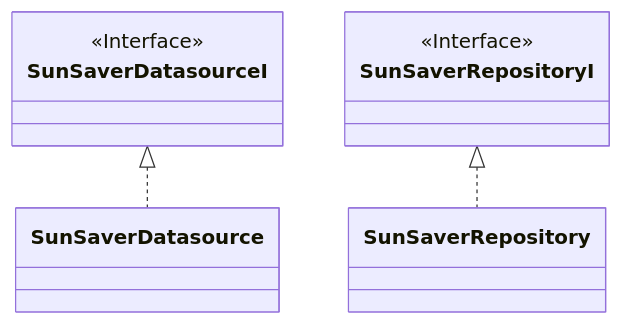
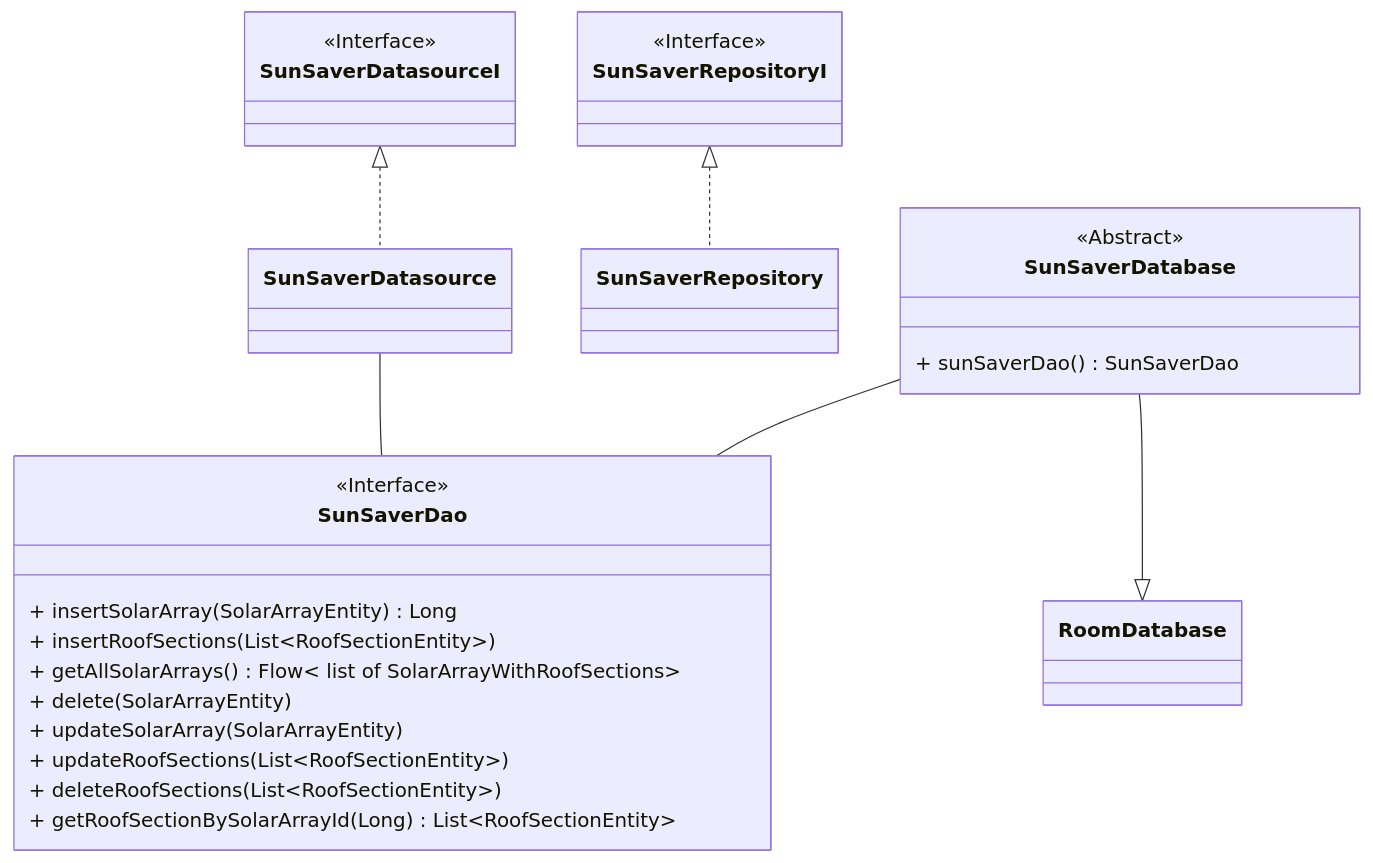
Before and after one commit to pragathiGopal25/SunSaver: the second of 3 diagrams in MODELING.md, drawn with Mermaid. The commit also changed other lines of this file, not shown here.

Commit message:
Added sunsaver-db to class diagram

````diff
--- a/MODELING.md
+++ b/MODELING.md
@@ -181,15 +219,45 @@
 ```mermaid
 classDiagram
     class SunSaverDatasource {
     }
     class SunSaverDatasourceI {
         <<Interface>>
     }
     class SunSaverRepository {
     }
     class SunSaverRepositoryI {
         <<Interface>>
     }
     SunSaverRepositoryI <|.. SunSaverRepository
+
+    class SunSaverDatasourceI {
+        <<Interface>>
+    }
     SunSaverDatasourceI <|.. SunSaverDatasource
+
+
+
+    class SunSaverDatabase {
+        <<Abstract>>
+        + sunSaverDao() SunSaverDao
+    }
+
+    class SunSaverDao {
+        <<Interface>>
+        + insertSolarArray(SolarArrayEntity) Long
+        + insertRoofSections(List~RoofSectionEntity~)
+        + getAllSolarArrays() Flow~ list of SolarArrayWithRoofSections~
+        + delete(SolarArrayEntity)
+        + updateSolarArray(SolarArrayEntity)
+        + updateRoofSections(List~RoofSectionEntity~)
+        + deleteRoofSections(List~RoofSectionEntity~)
+        + getRoofSectionBySolarArrayId(Long) List~RoofSectionEntity~
+    }
+
+    class RoomDatabase {
+    }
+
+    SunSaverDatabase --|> RoomDatabase
+    SunSaverDatabase -- SunSaverDao
+    SunSaverDatasource -- SunSaverDao
 ```
````
